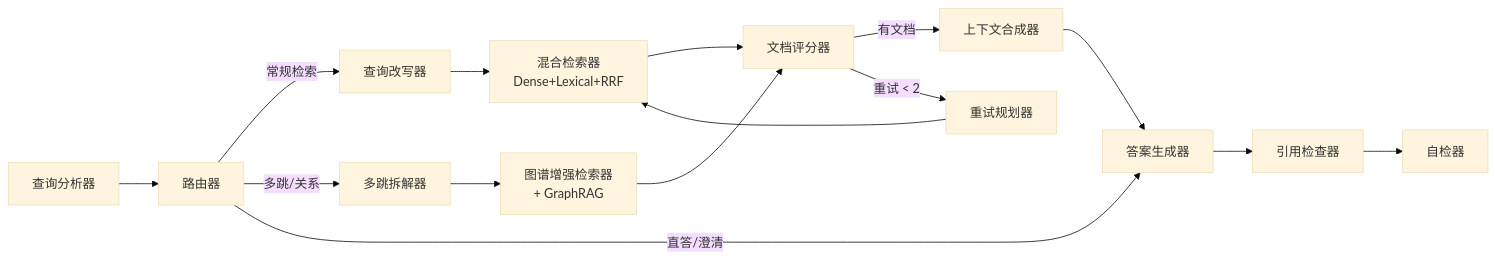
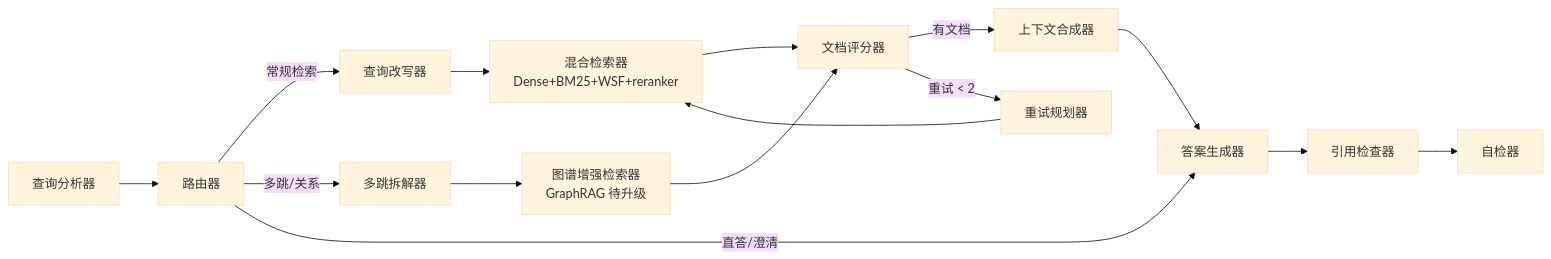
One commit to Sggggt/DialoGraph changed the sixth of 6 diagrams in README.md. Above: the diagram before and after it, drawn with Mermaid (base theme). The commit also changed other lines of this file and 8 other files, not shown here.

Commit message:
feat: 检索架构已升级为Dense + BM25 + WSF + bge-reranker，GraphRAG待升级

````diff
--- a/README.md
+++ b/README.md
@@ -463,17 +495,17 @@
 ```mermaid
 graph LR
     A[查询分析器] --> B[路由器]
     B -->|常规检索| C[查询改写器]
     B -->|多跳/关系| C2[多跳拆解器]
     B -->|直答/澄清| G[答案生成器]
-    C --> D[混合检索器<br/>Dense+Lexical+RRF]
-    C2 --> D2[图谱增强检索器<br/>+ GraphRAG]
+    C --> D[混合检索器<br/>Dense+BM25+WSF+reranker]
+    C2 --> D2[图谱增强检索器<br/>GraphRAG 待升级]
     D --> E[文档评分器]
     D2 --> E
     E -->|有文档| F[上下文合成器]
     E -->|重试 < 2| R[重试规划器]
     R --> D
     F --> G
     G --> H[引用检查器]
     H --> I[自检器]
 ```
````
